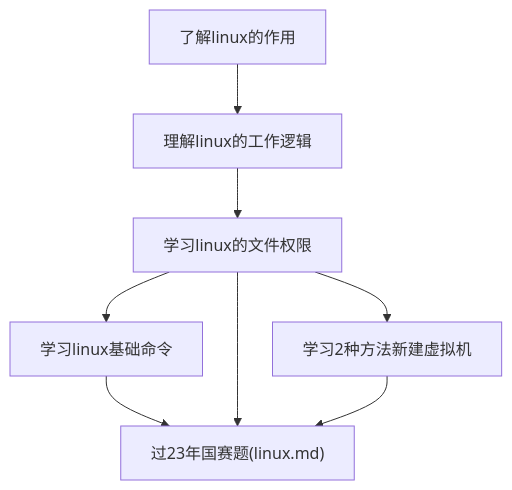
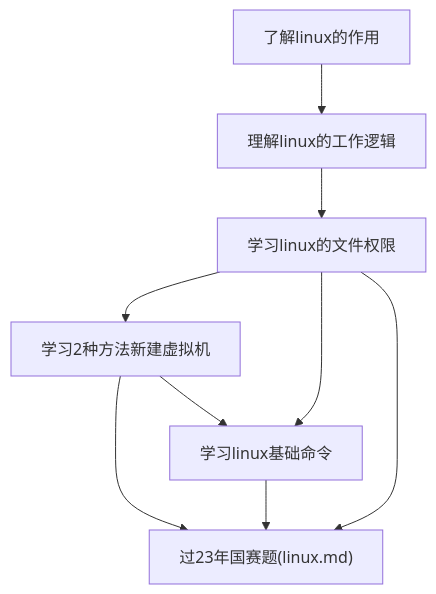
Before and after one commit to ICrazybabyI/note: the diagram in linux_note/README_linux.md, drawn with Mermaid.

Commit message:
vault backup: 2026-04-26 21:52:00

````diff
--- a/linux_note/README_linux.md
+++ b/linux_note/README_linux.md
@@ -2,10 +2,11 @@
 ```mermaid
 graph TD;
   A["了解linux的作用"] --> B["理解linux的工作逻辑"];
   B --> C["学习linux的文件权限"];
   C --> D["学习2种方法新建虚拟机"];
   C --> E["学习linux基础命令"];
   E --> F["过23年国赛题(linux.md)"];
   C --> F;
   D --> F;
+  D --> E
 ```
````
